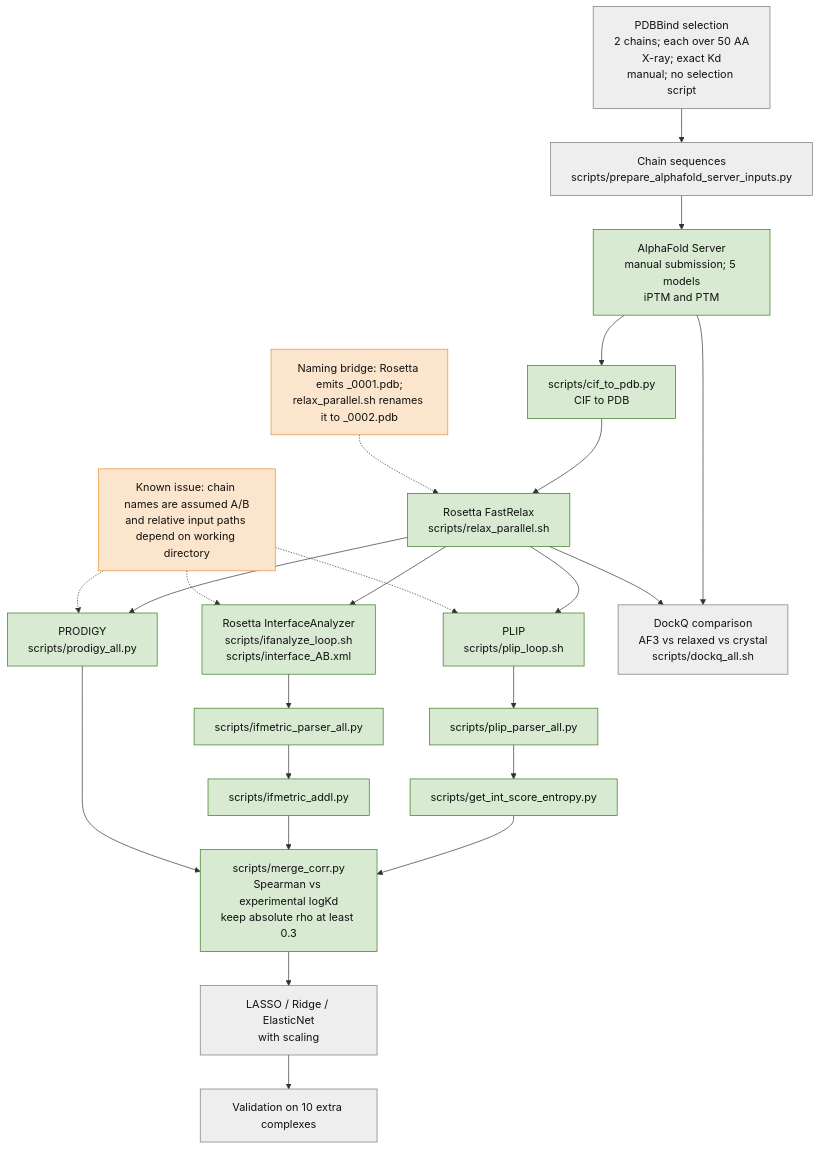
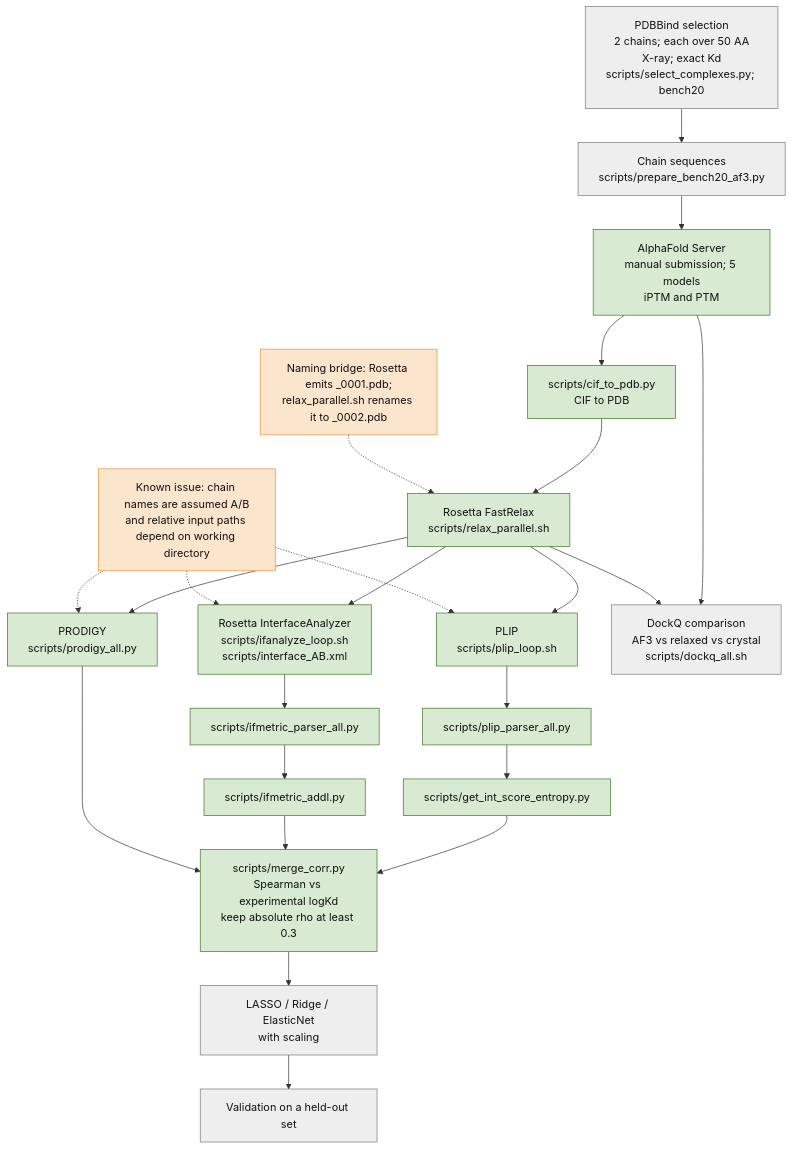
One commit to abhijnarc/binderpipeline changed the first of 2 diagrams in README.md. Above: the diagram before and after it, drawn with Mermaid. The commit also changed other lines of this file and 20 other files, not shown here.

````diff
--- a/README.md
+++ b/README.md
@@ -10,33 +10,33 @@
 ```mermaid
 flowchart TD
-  A["PDBBind selection<br/>2 chains; each over 50 AA<br/>X-ray; exact Kd<br/>manual; no selection script"] --> B["Chain sequences<br/>scripts/prepare_alphafold_server_inputs.py"]
+  A["PDBBind selection<br/>2 chains; each over 50 AA<br/>X-ray; exact Kd<br/>scripts/select_complexes.py; bench20"] --> B["Chain sequences<br/>scripts/prepare_bench20_af3.py"]
   B --> C["AlphaFold Server<br/>manual submission; 5 models<br/>iPTM and PTM"]
   C --> D["scripts/cif_to_pdb.py<br/>CIF to PDB"]
   D --> E["Rosetta FastRelax<br/>scripts/relax_parallel.sh"]
   E --> F["PLIP<br/>scripts/plip_loop.sh"]
   F --> G["scripts/plip_parser_all.py"]
   G --> H["scripts/get_int_score_entropy.py"]
   E --> I["Rosetta InterfaceAnalyzer<br/>scripts/ifanalyze_loop.sh<br/>scripts/interface_AB.xml"]
   I --> J["scripts/ifmetric_parser_all.py"]
   J --> K["scripts/ifmetric_addl.py"]
   E --> L["PRODIGY<br/>scripts/prodigy_all.py"]
   H --> M["scripts/merge_corr.py<br/>Spearman vs experimental logKd<br/>keep absolute rho at least 0.3"]
   K --> M
   L --> M
   M --> N["LASSO / Ridge / ElasticNet<br/>with scaling"]
-  N --> O["Validation on 10 extra complexes"]
+  N --> O["Validation on a held-out set"]
   C --> P["DockQ comparison<br/>AF3 vs relaxed vs crystal<br/>scripts/dockq_all.sh"]
   E --> P
   Q["Known issue: chain names are assumed A/B<br/>and relative input paths depend on working directory"] -.-> F
   Q -.-> I
   Q -.-> L
   R["Naming bridge: Rosetta emits _0001.pdb;<br/>relax_parallel.sh renames it to _0002.pdb"] -.-> E
 
   classDef ready fill:#d9ead3,stroke:#38761d,color:#111;
   classDef planned fill:#eeeeee,stroke:#777,color:#111;
   classDef issue fill:#fce5cd,stroke:#e69138,color:#111;
   class A,B,N,O planned;
   class C,D,E,F,G,H,I,J,K,L,M ready;
   class P planned;
   class Q,R issue;
 ```
````
